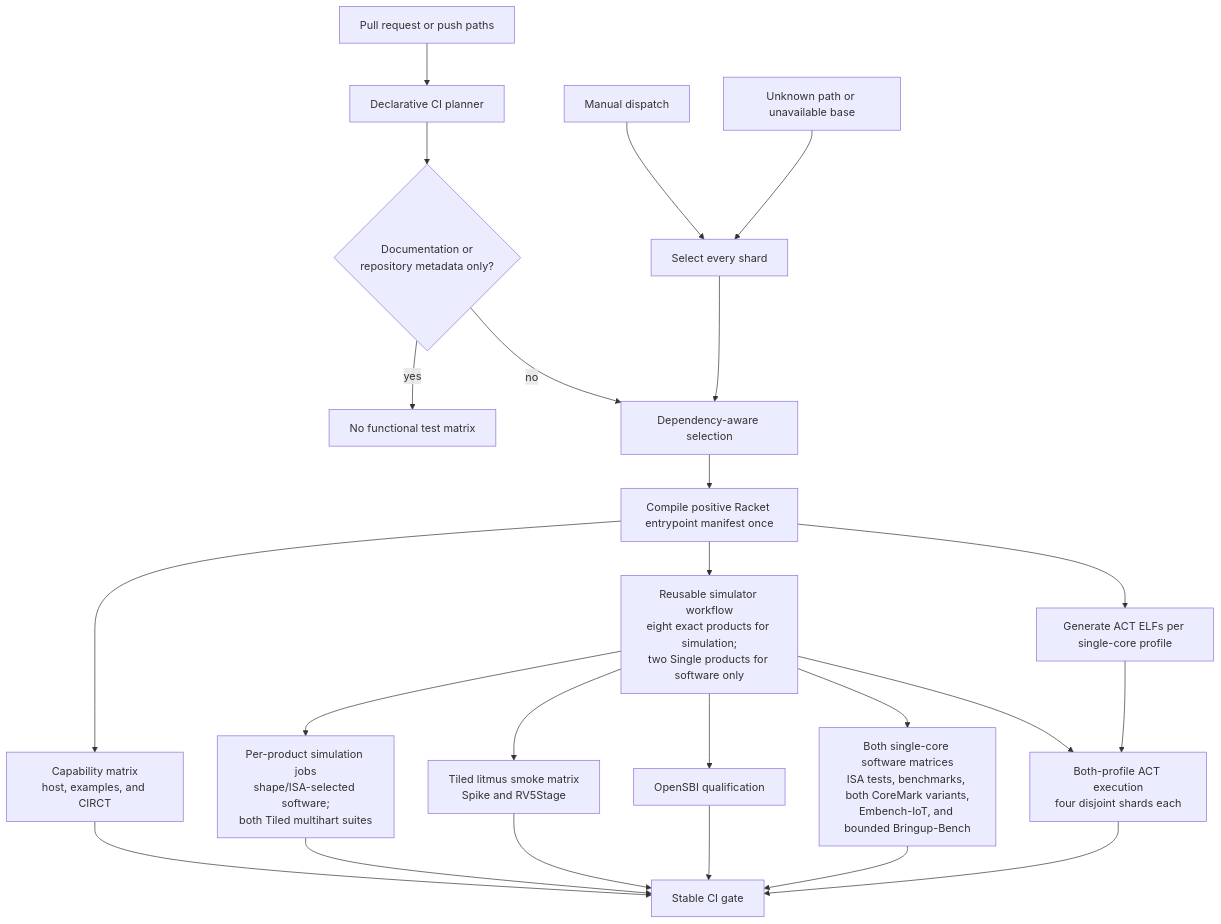
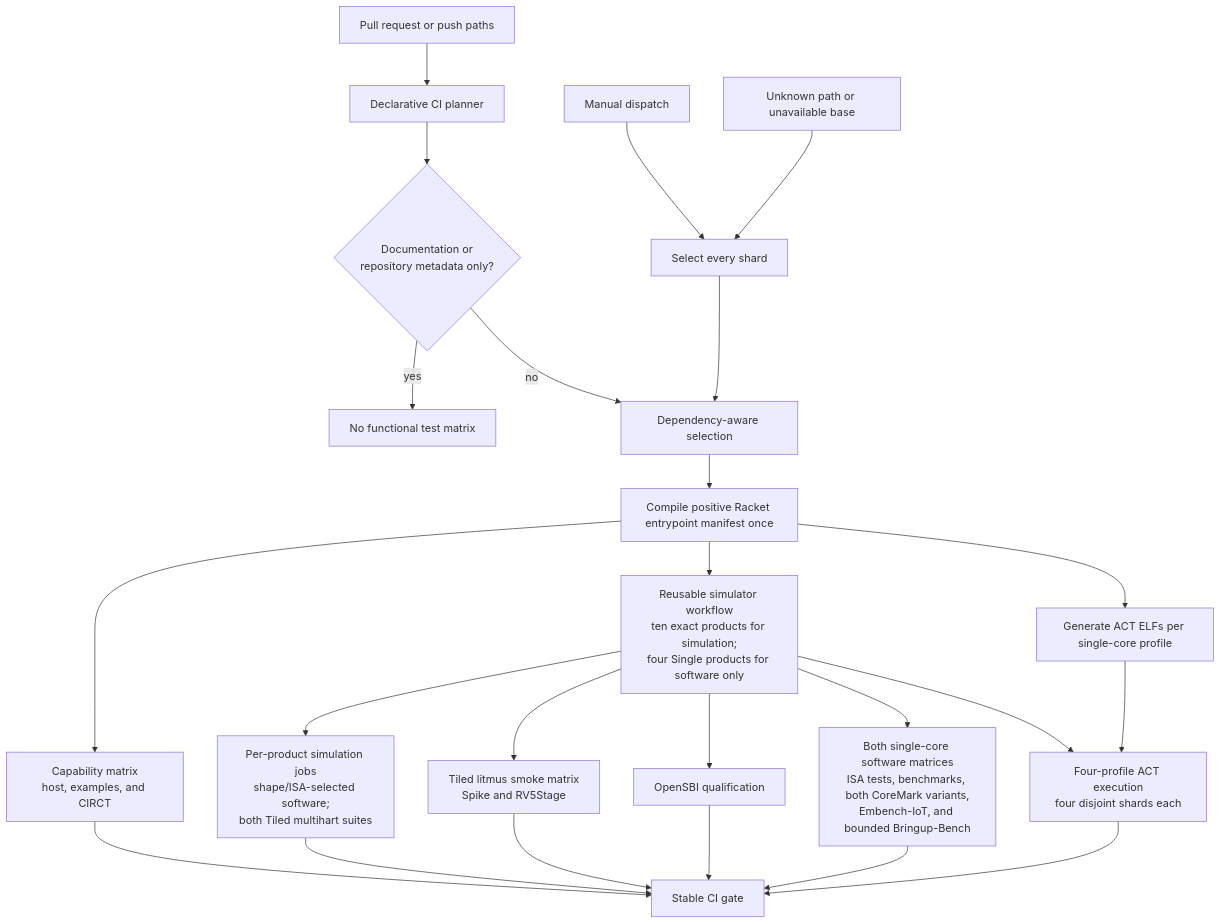
Before and after one commit to jerryz123/rhodium: the diagram in tools/testing/DEVELOPING.md, drawn with Mermaid. The commit also changed other lines of this file and 26 other files, not shown here.

````diff
--- a/tools/testing/DEVELOPING.md
+++ b/tools/testing/DEVELOPING.md
@@ -90,26 +90,26 @@
 ```mermaid
 flowchart TD
     Changes["Pull request or push paths"] --> Classifier["Declarative CI planner"]
     Manual["Manual dispatch"] --> All["Select every shard"]
     Unknown["Unknown path or unavailable base"] --> All
     Classifier --> Docs{"Documentation or<br/>repository metadata only?"}
     Docs -->|yes| None["No functional test matrix"]
     Docs -->|no| Selected["Dependency-aware selection"]
     All --> Selected
     Selected --> Compile["Compile positive Racket entrypoint manifest once"]
     Compile --> Checks["Capability matrix<br/>host, examples, and CIRCT"]
-    Compile --> Simulators["Reusable simulator workflow<br/>eight exact products for simulation;<br/>two Single products for software only"]
+    Compile --> Simulators["Reusable simulator workflow<br/>ten exact products for simulation;<br/>four Single products for software only"]
     Simulators --> Simulation["Per-product simulation jobs<br/>shape/ISA-selected software;<br/>both Tiled multihart suites"]
     Simulators --> LitmusSmoke["Tiled litmus smoke matrix<br/>Spike and RV5Stage"]
     Simulators --> Qualification["OpenSBI qualification"]
     Simulators --> Programs["Both single-core software matrices<br/>ISA tests, benchmarks, both CoreMark variants,<br/>Embench-IoT, and bounded Bringup-Bench"]
     Compile --> ActBuild["Generate ACT ELFs per single-core profile"]
-    Simulators --> ActRun["Both-profile ACT execution<br/>four disjoint shards each"]
+    Simulators --> ActRun["Four-profile ACT execution<br/>four disjoint shards each"]
     ActBuild --> ActRun
     Checks --> Gate["Stable CI gate"]
     Simulation --> Gate
     LitmusSmoke --> Gate
     Qualification --> Gate
     Programs --> Gate
     ActRun --> Gate
 ```
````
